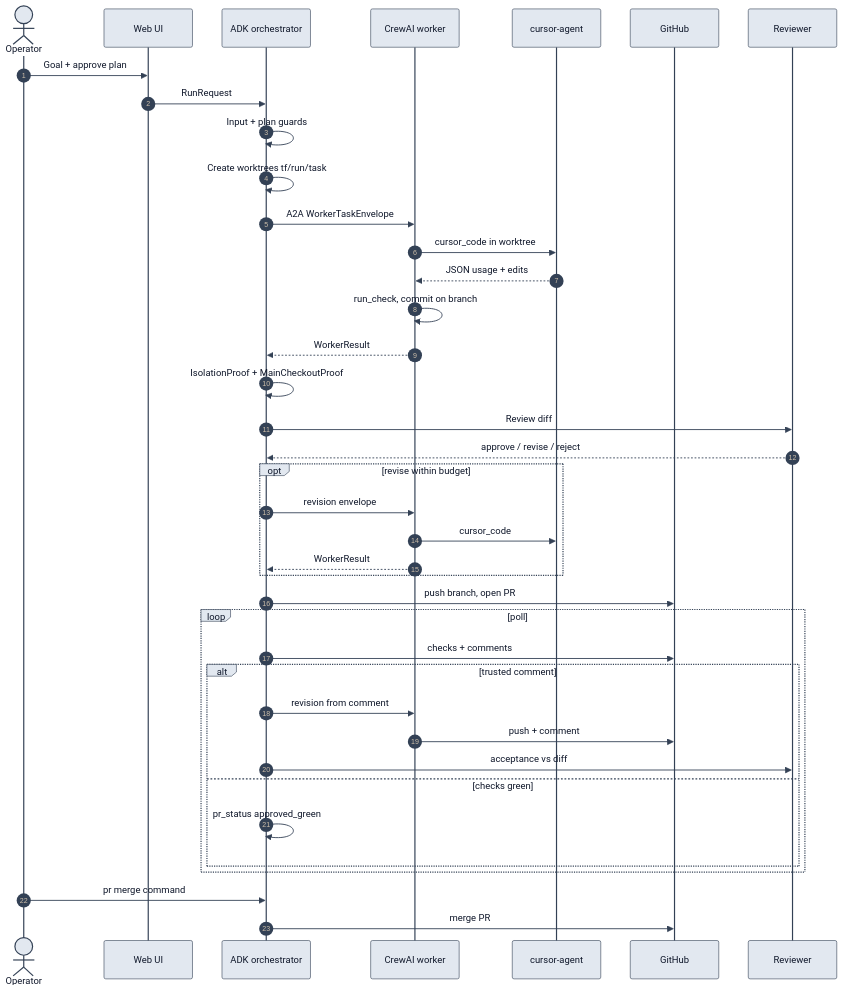
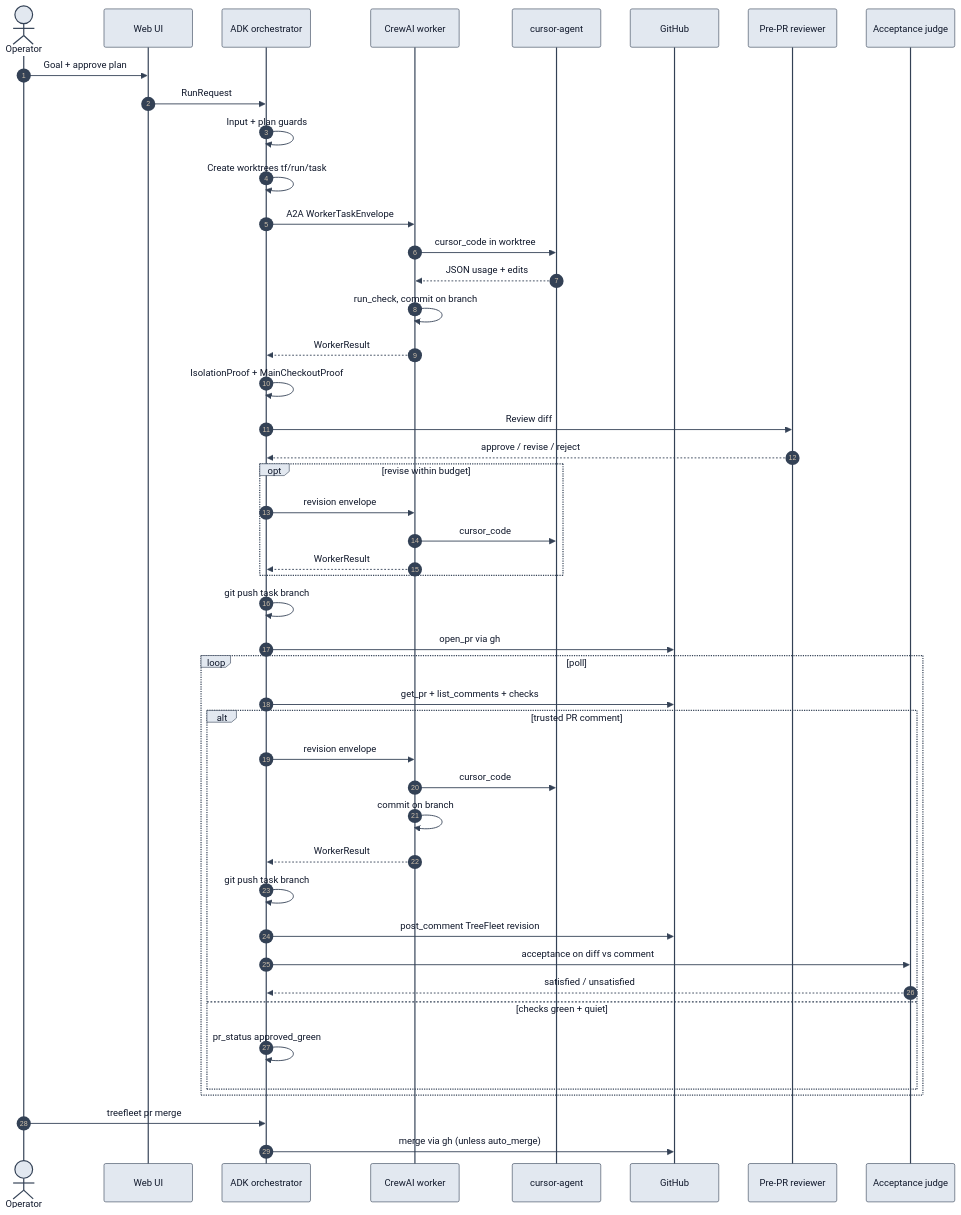
The second of 5 diagrams in README.md (AmartyaKumar11/TreeFleet), drawn with Mermaid before and after one commit. The commit also changed other lines of this file and 8 other files, not shown here.

````diff
--- a/README.md
+++ b/README.md
@@ -147,43 +165,50 @@
 ```mermaid
 %%{init: {'theme': 'base', 'themeVariables': {'background': '#ffffff', 'primaryColor': '#e2e8f0', 'primaryTextColor': '#0f172a', 'primaryBorderColor': '#334155', 'lineColor': '#334155', 'secondaryColor': '#f1f5f9', 'tertiaryColor': '#ffffff', 'clusterBkg': '#f1f5f9', 'clusterBorder': '#334155', 'edgeLabelBackground': '#ffffff', 'signalColor': '#334155', 'actorBorder': '#334155'}}}%%
 sequenceDiagram
   autonumber
   actor Op as Operator
   participant UI as Web UI
   participant Orch as ADK orchestrator
   participant W as CrewAI worker
   participant Cur as cursor-agent
   participant GH as GitHub
-  participant Rev as Reviewer
+  participant Rev as Pre-PR reviewer
+  participant Acc as Acceptance judge
 
   Op->>UI: Goal + approve plan
   UI->>Orch: RunRequest
   Orch->>Orch: Input + plan guards
   Orch->>Orch: Create worktrees tf/run/task
   Orch->>W: A2A WorkerTaskEnvelope
   W->>Cur: cursor_code in worktree
   Cur-->>W: JSON usage + edits
   W->>W: run_check, commit on branch
   W-->>Orch: WorkerResult
   Orch->>Orch: IsolationProof + MainCheckoutProof
   Orch->>Rev: Review diff
   Rev-->>Orch: approve / revise / reject
   opt revise within budget
     Orch->>W: revision envelope
     W->>Cur: cursor_code
     W-->>Orch: WorkerResult
   end
-  Orch->>GH: push branch, open PR
+  Orch->>Orch: git push task branch
+  Orch->>GH: open_pr via gh
   loop poll
-    Orch->>GH: checks + comments
-    alt trusted comment
-      Orch->>W: revision from comment
-      W->>GH: push + comment
-      Orch->>Rev: acceptance vs diff
-    else checks green
+    Orch->>GH: get_pr + list_comments + checks
+    alt trusted PR comment
+      Orch->>W: revision envelope
+      W->>Cur: cursor_code
+      W->>W: commit on branch
+      W-->>Orch: WorkerResult
+      Orch->>Orch: git push task branch
+      Orch->>GH: post_comment TreeFleet revision
+      Orch->>Acc: acceptance on diff vs comment
+      Acc-->>Orch: satisfied / unsatisfied
+    else checks green + quiet
       Orch->>Orch: pr_status approved_green
     end
   end
-  Op->>Orch: pr merge command
-  Orch->>GH: merge PR
+  Op->>Orch: treefleet pr merge
+  Orch->>GH: merge via gh (unless auto_merge)
 ```
````
